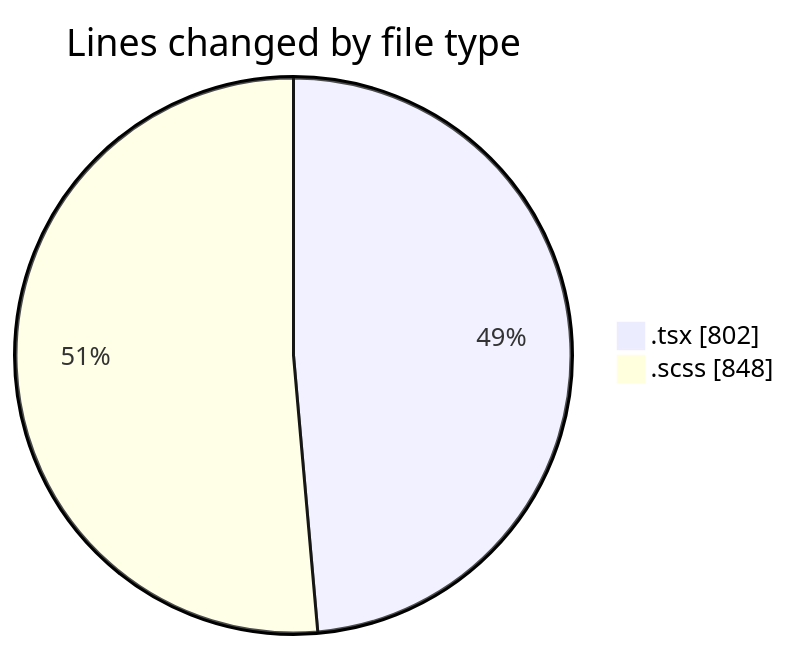
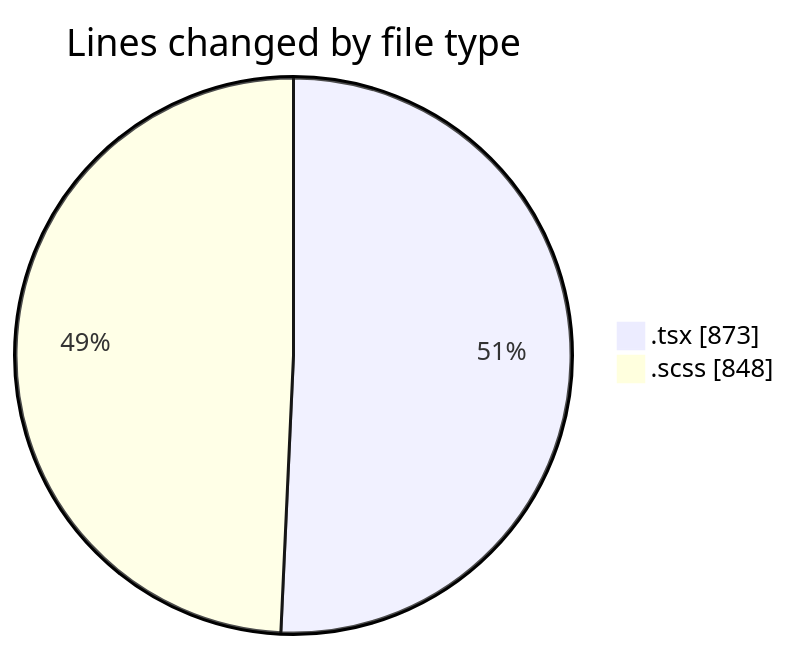
One commit to momahboobian/code-tracking changed the first of 2 diagrams in 2025-03-27/cda/README.md. Above: the diagram before and after it, drawn with Mermaid. The commit also changed other lines of this file and 1 other file, not shown here.

````diff
--- a/2025-03-27/cda/README.md
+++ b/2025-03-27/cda/README.md
@@ -22,6 +23,6 @@
 ```mermaid
 pie showData
 title Lines changed by file type
-".tsx" : 802
+".tsx" : 873
 ".scss" : 848
 ```
````
